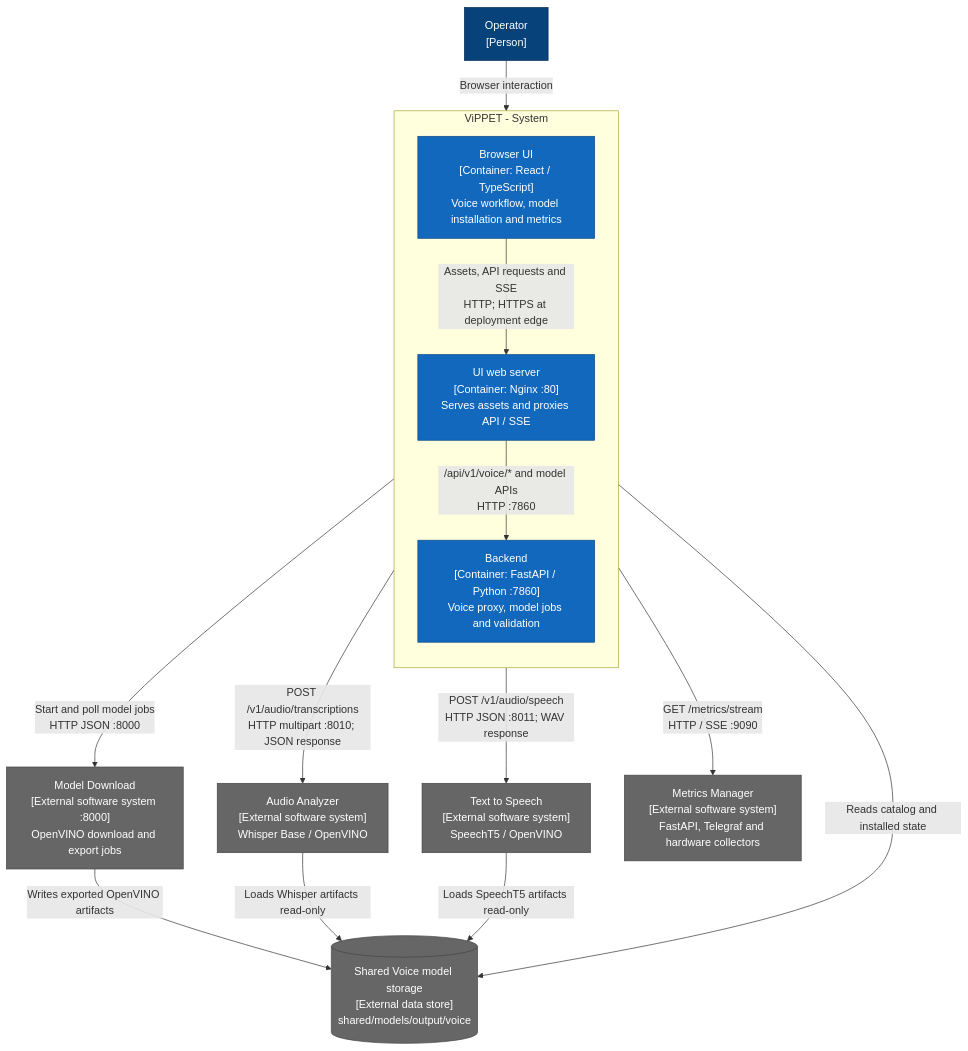
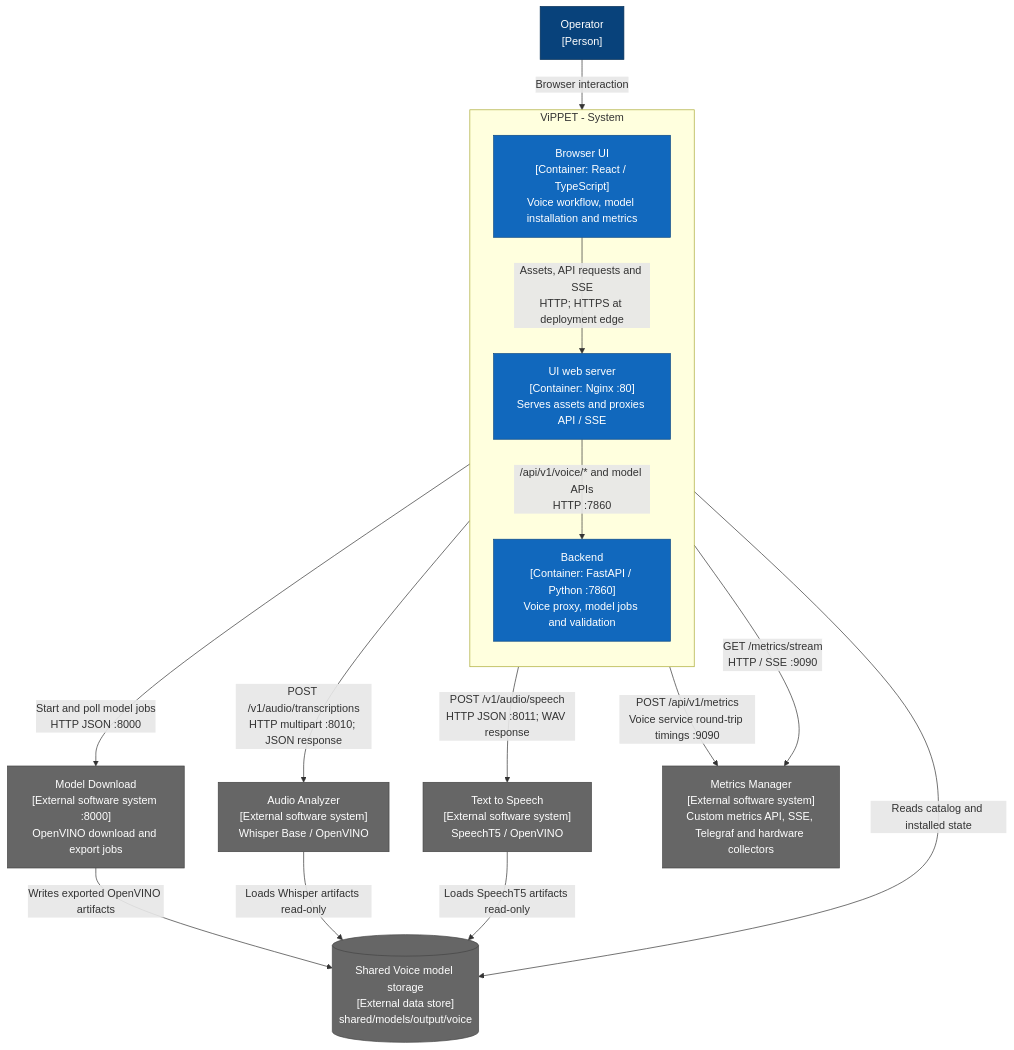
The second of 9 diagrams in tools/visual-pipeline-and-platform-evaluation-tool/docs/user-guide/developer-guide/voice-architecture.md (open-edge-platform/edge-ai-libraries), drawn with Mermaid before and after one commit. The commit also changed other lines of this file and 5 other files, not shown here.

````diff
--- a/tools/visual-pipeline-and-platform-evaluation-tool/docs/user-guide/developer-guide/voice-architecture.md
+++ b/tools/visual-pipeline-and-platform-evaluation-tool/docs/user-guide/developer-guide/voice-architecture.md
@@ -56,29 +56,30 @@
 ```mermaid
 flowchart TB
   operator["Operator<br/>[Person]"]:::person
   subgraph vippet[ViPPET - System]
     direction TB
     spa["Browser UI<br/>[Container: React / TypeScript]<br/>Voice workflow, model installation and metrics"]:::internal
     web["UI web server<br/>[Container: Nginx :80]<br/>Serves assets and proxies API / SSE"]:::internal
     api["Backend<br/>[Container: FastAPI / Python :7860]<br/>Voice proxy, model jobs and validation"]:::internal
     spa -->|"Assets, API requests and SSE<br/>HTTP; HTTPS at deployment edge"| web
     web -->|"/api/v1/voice/* and model APIs<br/>HTTP :7860"| api
   end
   asr["Audio Analyzer<br/>[External software system]<br/>Whisper Base / OpenVINO"]:::external
   tts["Text to Speech<br/>[External software system]<br/>SpeechT5 / OpenVINO"]:::external
   downloader["Model Download<br/>[External software system :8000]<br/>OpenVINO download and export jobs"]:::external
   modelstore[("Shared Voice model storage<br/>[External data store]<br/>shared/models/output/voice")]:::external
-  telemetry["Metrics Manager<br/>[External software system]<br/>FastAPI, Telegraf and hardware collectors"]:::external
+  telemetry["Metrics Manager<br/>[External software system]<br/>Custom metrics API, SSE, Telegraf and hardware collectors"]:::external
   operator -->|Browser interaction| spa
   api -->|"POST /v1/audio/transcriptions<br/>HTTP multipart :8010; JSON response"| asr
   api -->|"POST /v1/audio/speech<br/>HTTP JSON :8011; WAV response"| tts
   api -->|"Start and poll model jobs<br/>HTTP JSON :8000"| downloader
   api -->|"Reads catalog and installed state"| modelstore
   downloader -->|"Writes exported OpenVINO artifacts"| modelstore
   asr -->|"Loads Whisper artifacts read-only"| modelstore
   tts -->|"Loads SpeechT5 artifacts read-only"| modelstore
+  api -->|"POST /api/v1/metrics<br/>Voice service round-trip timings :9090"| telemetry
   web -->|"GET /metrics/stream<br/>HTTP / SSE :9090"| telemetry
   classDef person fill:#08427b,color:#fff,stroke:#052e56
   classDef internal fill:#1168bd,color:#fff,stroke:#0b4884
   classDef external fill:#666,color:#fff,stroke:#444
 ```
````
